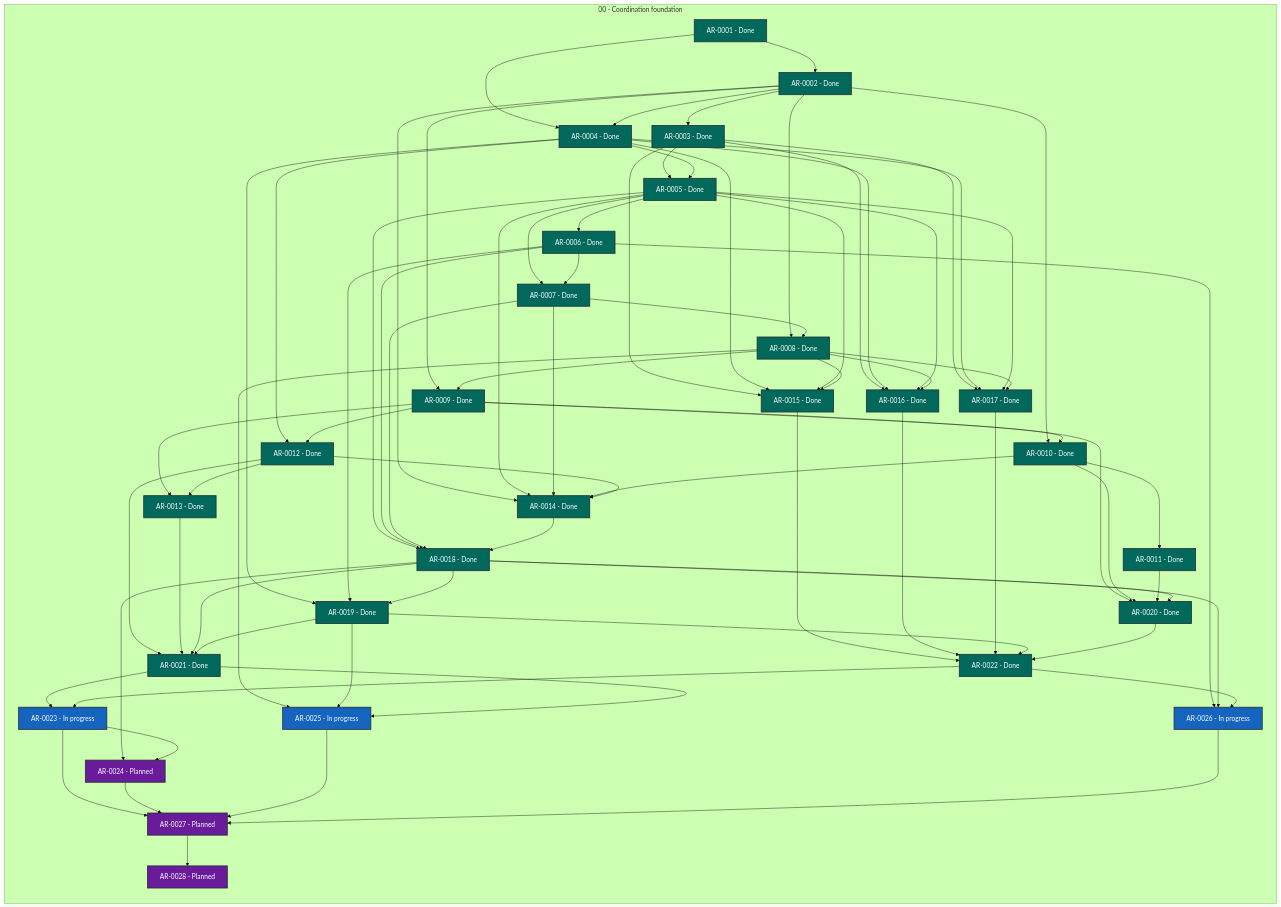
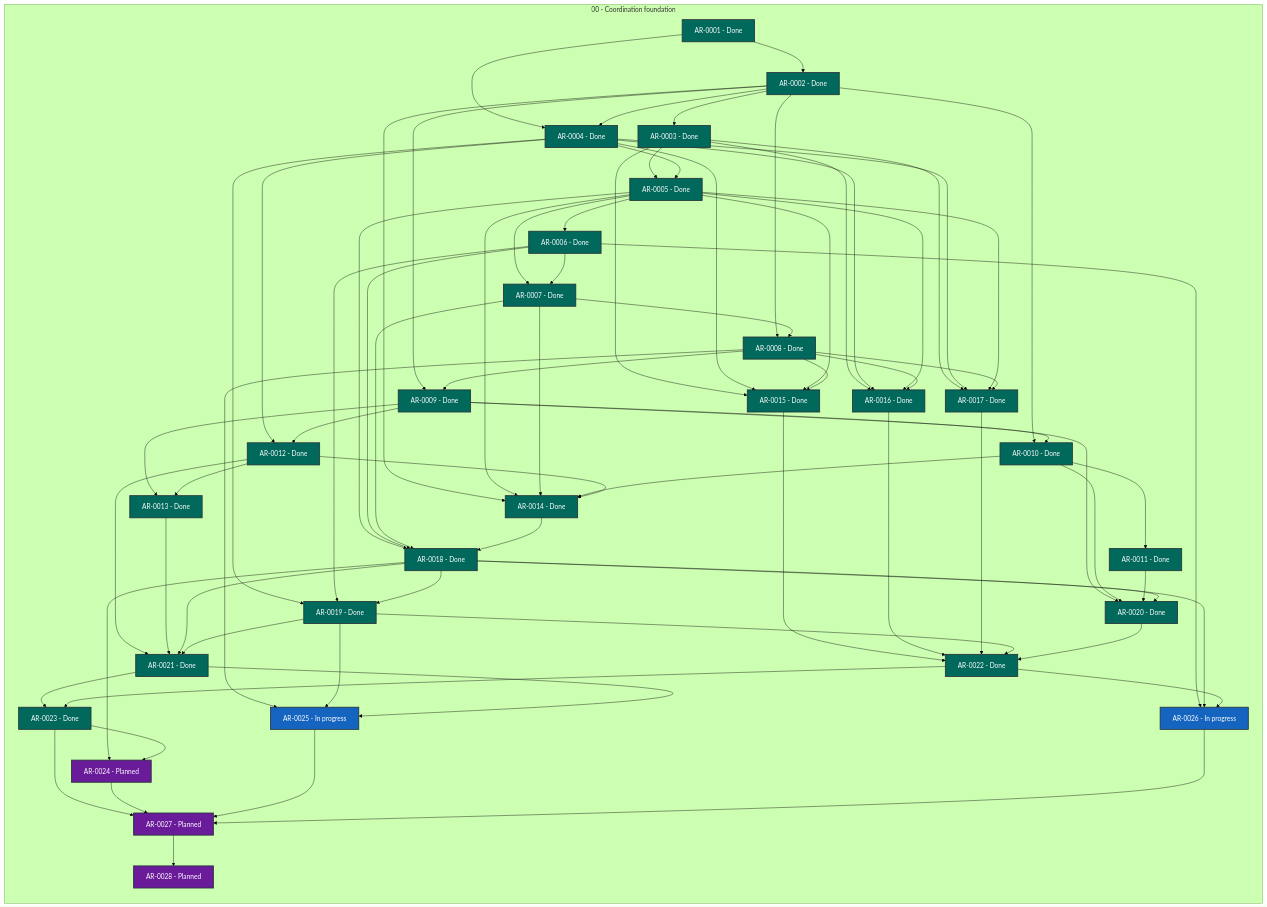
Before and after one commit to martin-beck/agent-workflow-runtime-state: the diagram in STATUS.md, drawn with Mermaid (forest theme). The commit also changed other lines of this file and 2 other files, not shown here.

```diff
--- a/STATUS.md
+++ b/STATUS.md
@@ -50,7 +50,7 @@
         AR_0020["AR-0020 - Done"]:::status_done
         AR_0021["AR-0021 - Done"]:::status_done
         AR_0022["AR-0022 - Done"]:::status_done
-        AR_0023["AR-0023 - In progress"]:::status_in_progress
+        AR_0023["AR-0023 - Done"]:::status_done
         AR_0024["AR-0024 - Planned"]:::status_planned
         AR_0025["AR-0025 - In progress"]:::status_in_progress
         AR_0026["AR-0026 - In progress"]:::status_in_progress
```
